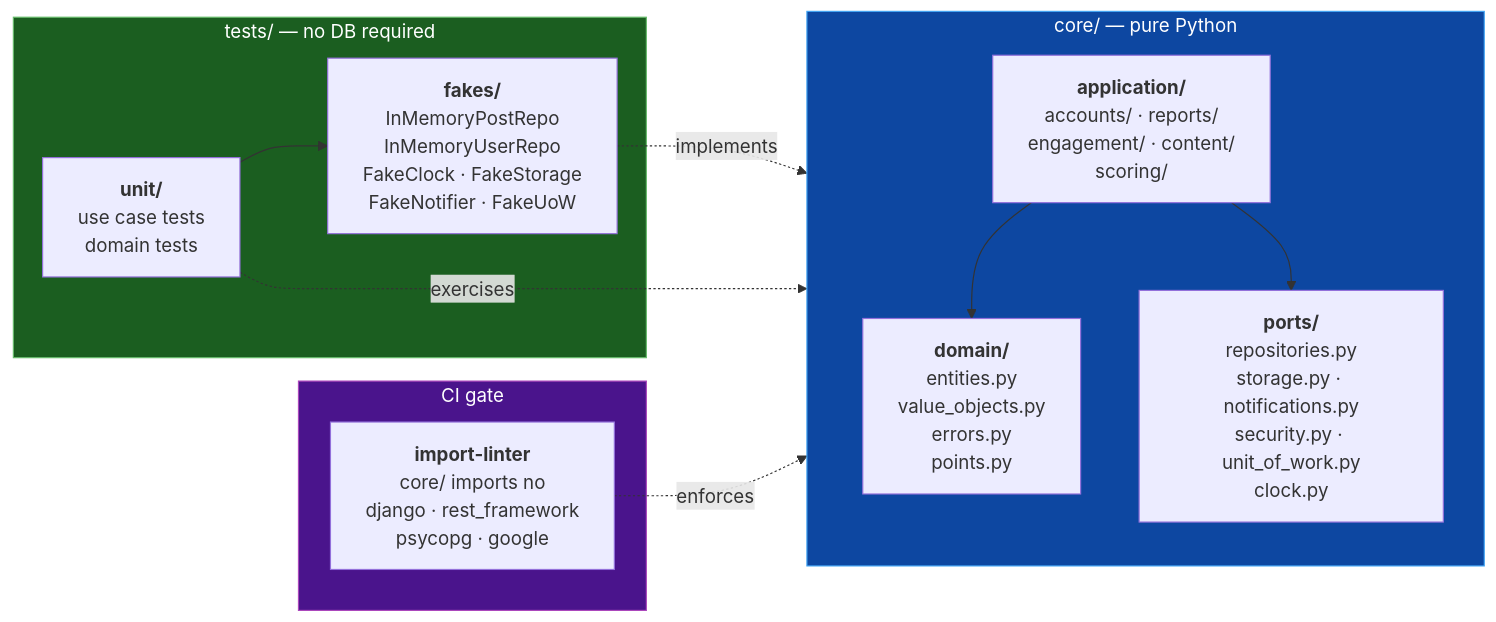
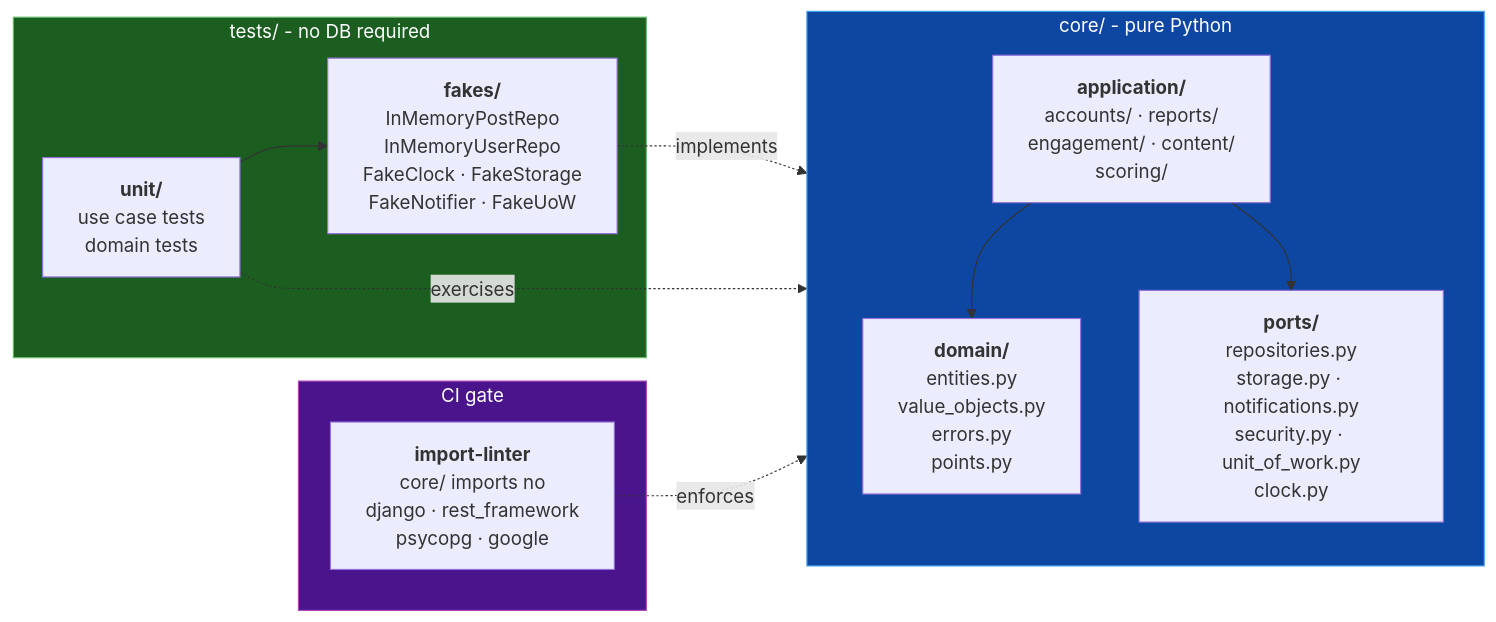
Before and after one commit to mdrayhan03/plastickothay_dev: the third of 4 diagrams in documents/backend_implementation_plan.md, drawn with Mermaid. The commit also changed other lines of this file and 115 other files, not shown here.

````diff
--- a/documents/backend_implementation_plan.md
+++ b/documents/backend_implementation_plan.md
@@ -92,26 +92,26 @@
 ```mermaid
 graph LR
-    subgraph core ["core/ — pure Python"]
+    subgraph core ["core/ - pure Python"]
         direction TB
         D["<b>domain/</b><br/>entities.py<br/>value_objects.py<br/>errors.py<br/>points.py"]
         P["<b>ports/</b><br/>repositories.py<br/>storage.py · notifications.py<br/>security.py · unit_of_work.py<br/>clock.py"]
         A["<b>application/</b><br/>accounts/ · reports/<br/>engagement/ · content/<br/>scoring/"]
         A --> D
         A --> P
     end
-    subgraph tests ["tests/ — no DB required"]
+    subgraph tests ["tests/ - no DB required"]
         F["<b>fakes/</b><br/>InMemoryPostRepo<br/>InMemoryUserRepo<br/>FakeClock · FakeStorage<br/>FakeNotifier · FakeUoW"]
         T["<b>unit/</b><br/>use case tests<br/>domain tests"]
         T --> F
     end
     subgraph ci ["CI gate"]
         L["<b>import-linter</b><br/>core/ imports no<br/>django · rest_framework<br/>psycopg · google"]
     end
     F -.implements.-> P
     T -.exercises.-> A
     L -.enforces.-> core
 
     style core fill:#0d47a1,stroke:#42a5f5,color:#fff
     style tests fill:#1b5e20,stroke:#66bb6a,color:#fff
     style ci fill:#4a148c,stroke:#ab47bc,color:#fff
 ```
````
